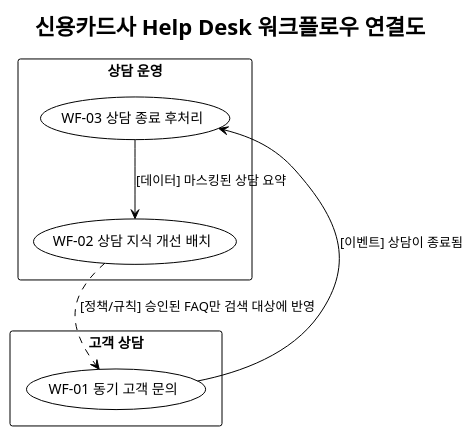
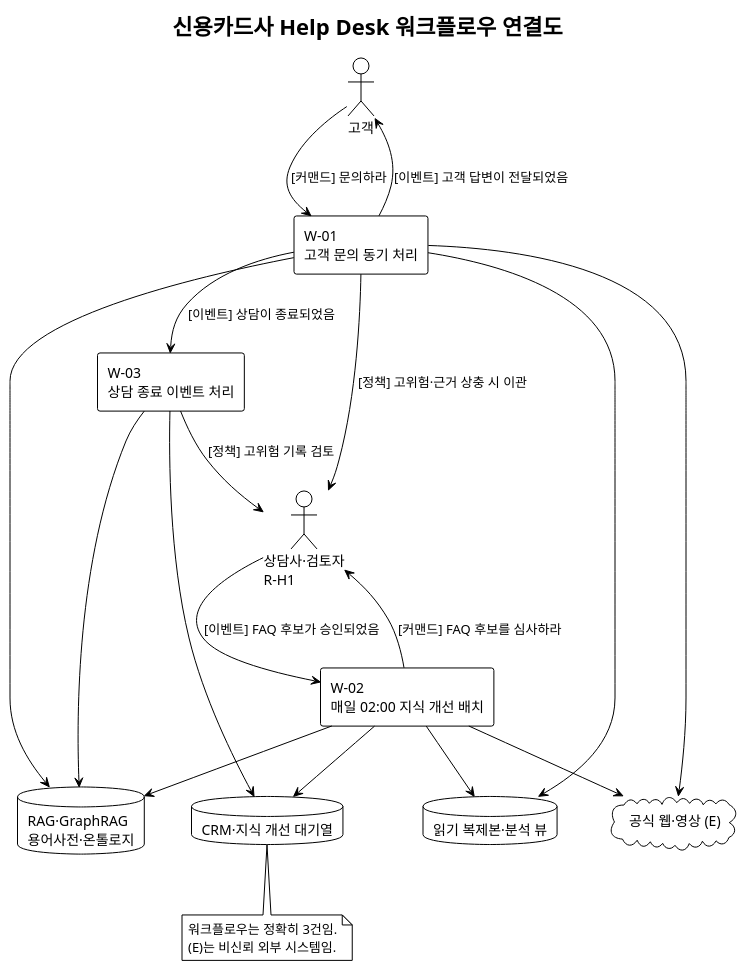
The diagram in docs/plan/think/es/userflow.puml (unicorn-campus/design-agentic-ai), drawn with PlantUML before and after one commit. The commit also changed other lines of this file and 18 other files, not shown here.

```diff
--- a/docs/plan/think/es/userflow.puml
+++ b/docs/plan/think/es/userflow.puml
@@ -1,18 +1,37 @@
 @startuml
 !theme mono
 title 신용카드사 Help Desk 워크플로우 연결도
 
-rectangle "고객 상담" as consultation {
-  (WF-01 동기 고객 문의) as WF01
-}
+actor "고객" as Customer
+actor "상담사·검토자\nR-H1" as Human
+rectangle "W-01\n고객 문의 동기 처리" as W01
+rectangle "W-02\n매일 02:00 지식 개선 배치" as W02
+rectangle "W-03\n상담 종료 이벤트 처리" as W03
+database "읽기 복제본·분석 뷰" as Structured
+database "RAG·GraphRAG\n용어사전·온톨로지" as Knowledge
+cloud "공식 웹·영상 (E)" as External
+database "CRM·지식 개선 대기열" as Output
 
-rectangle "상담 운영" as operation {
-  (WF-03 상담 종료 후처리) as WF03
-  (WF-02 상담 지식 개선 배치) as WF02
-}
+Customer --> W01 : [커맨드] 문의하라
+W01 --> Customer : [이벤트] 고객 답변이 전달되었음
+W01 --> Human : [정책] 고위험·근거 상충 시 이관
+W01 --> W03 : [이벤트] 상담이 종료되었음
+W02 --> Human : [커맨드] FAQ 후보를 심사하라
+Human --> W02 : [이벤트] FAQ 후보가 승인되었음
+W03 --> Human : [정책] 고위험 기록 검토
 
-WF01 --> WF03 : [이벤트] 상담이 종료됨
-WF03 --> WF02 : [데이터] 마스킹된 상담 요약
-WF02 ..> WF01 : [정책/규칙] 승인된 FAQ만 검색 대상에 반영
+W01 --> Structured
+W01 --> Knowledge
+W01 --> External
+W02 --> Structured
+W02 --> Knowledge
+W02 --> External
+W02 --> Output
+W03 --> Knowledge
+W03 --> Output
 
+note bottom
+  워크플로우는 정확히 3건임.
+  (E)는 비신뢰 외부 시스템임.
+end note
 @enduml
```
